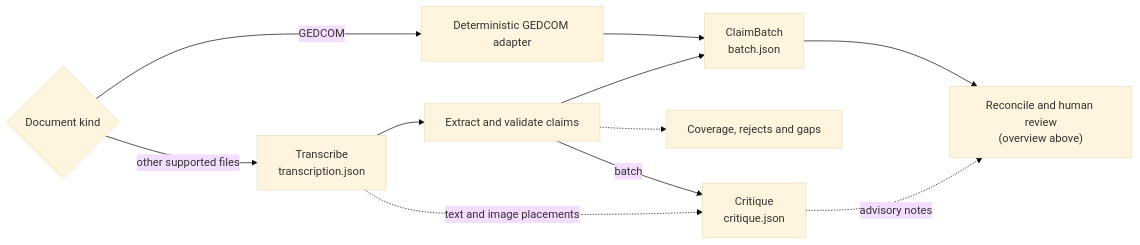
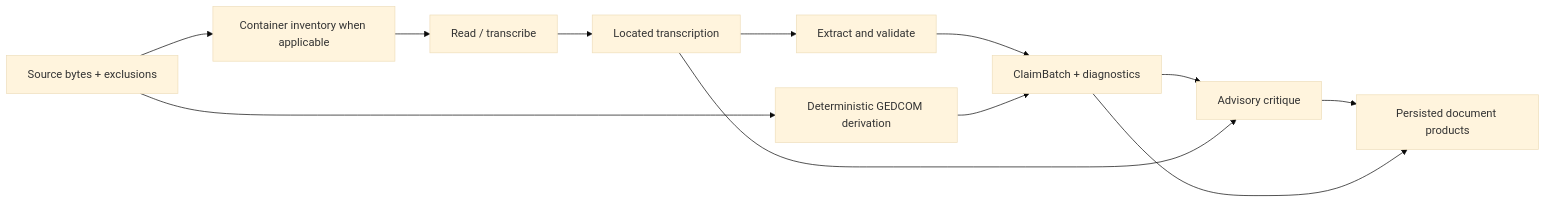
One commit to WillHirsch/yizkr changed the second of 3 diagrams in src/yizkr/pipeline/README.md. Above: the diagram before and after it, drawn with Mermaid (base theme). The commit also changed other lines of this file and 125 other files, not shown here.

````diff
--- a/src/yizkr/pipeline/README.md
+++ b/src/yizkr/pipeline/README.md
@@ -35,13 +39,14 @@
 ```mermaid
 flowchart LR
-    kind{"Document kind"} -->|GEDCOM| gedcom["Deterministic GEDCOM adapter"]
-    kind -->|other supported files| transcribe["Transcribe<br/>transcription.json"]
-    transcribe --> extract["Extract and validate claims"]
-    gedcom --> batch["ClaimBatch<br/>batch.json"]
-    extract --> batch
-    extract -.-> evidence["Coverage, rejects and gaps"]
-    extract -->|batch| critique["Critique<br/>critique.json"]
-    transcribe -.->|text and image placements| critique
-    batch --> review["Reconcile and human review<br/>(overview above)"]
-    critique -.->|advisory notes| review
+    source["Source bytes + exclusions"] --> inventory["Container inventory when applicable"]
+    inventory --> reading["Read / transcribe"]
+    reading --> transcript["Located transcription"]
+    transcript --> extract["Extract and validate"]
+    source --> gedcom["Deterministic GEDCOM derivation"]
+    extract --> batch["ClaimBatch + diagnostics"]
+    gedcom --> batch
+    batch --> critique["Advisory critique"]
+    transcript --> critique
+    critique --> products["Persisted document products"]
+    batch --> products
 ```
````
